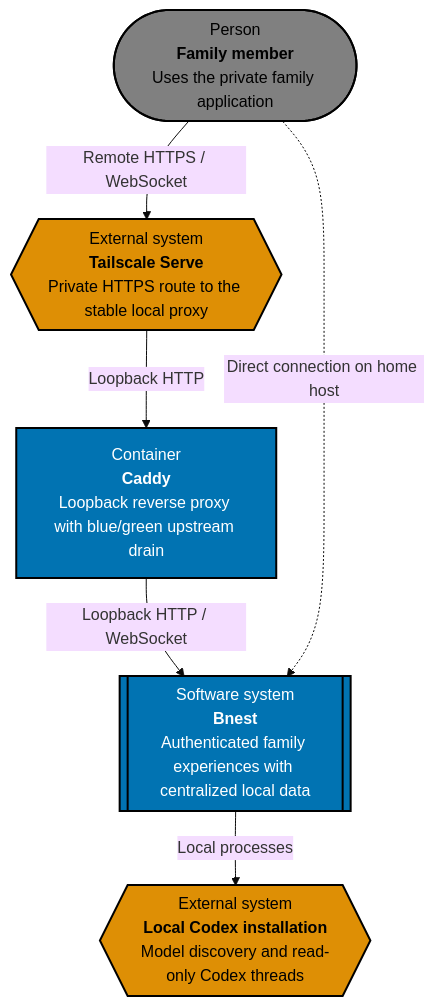
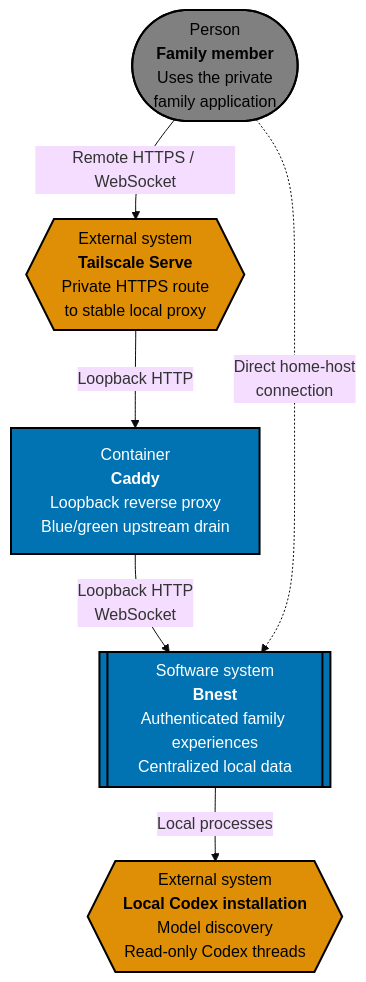
The first of 5 diagrams in specs/apps/bnest/app/architecture.md (wahidyankf/beaver-nest), drawn with Mermaid (base theme) before and after one commit. The commit also changed other lines of this file and 39 other files, not shown here.

````diff
--- a/specs/apps/bnest/app/architecture.md
+++ b/specs/apps/bnest/app/architecture.md
@@ -7,23 +7,23 @@
 ```mermaid
 %% Accessible palette: blue #0173B2, orange #DE8F05, gray #808080
 flowchart TB
-    visitor(["Person<br/><b>Family member</b><br/>Uses the private family application"])
-    tailscale{{"External system<br/><b>Tailscale Serve</b><br/>Private HTTPS route to the stable local proxy"}}
-    caddy["Container<br/><b>Caddy</b><br/>Loopback reverse proxy with blue/green upstream drain"]
-    bnest[["Software system<br/><b>Bnest</b><br/>Authenticated family experiences with centralized local data"]]
-    codex{{"External system<br/><b>Local Codex installation</b><br/>Model discovery and read-only Codex threads"}}
+    visitor(["Person<br/><b>Family member</b><br/>Uses the private<br/>family application"])
+    tailscale{{"External system<br/><b>Tailscale Serve</b><br/>Private HTTPS route<br/>to stable local proxy"}}
+    caddy["Container<br/><b>Caddy</b><br/>Loopback reverse proxy<br/>Blue/green upstream drain"]
+    bnest[["Software system<br/><b>Bnest</b><br/>Authenticated family experiences<br/>Centralized local data"]]
+    codex{{"External system<br/><b>Local Codex installation</b><br/>Model discovery<br/>Read-only Codex threads"}}
 
     visitor -->|Remote HTTPS / WebSocket| tailscale
     tailscale -->|Loopback HTTP| caddy
-    caddy -->|Loopback HTTP / WebSocket| bnest
-    visitor -.->|Direct connection on home host| bnest
+    caddy -->|Loopback HTTP<br/>WebSocket| bnest
+    visitor -.->|Direct home-host<br/>connection| bnest
     bnest -->|Local processes| codex
 
     classDef person fill:#808080,stroke:#000000,color:#000000,stroke-width:2px
     classDef system fill:#0173B2,stroke:#000000,color:#FFFFFF,stroke-width:2px
     classDef external fill:#DE8F05,stroke:#000000,color:#000000,stroke-width:2px
     class visitor person
     class bnest system
     class tailscale,codex external
     class caddy system
 ```
````
